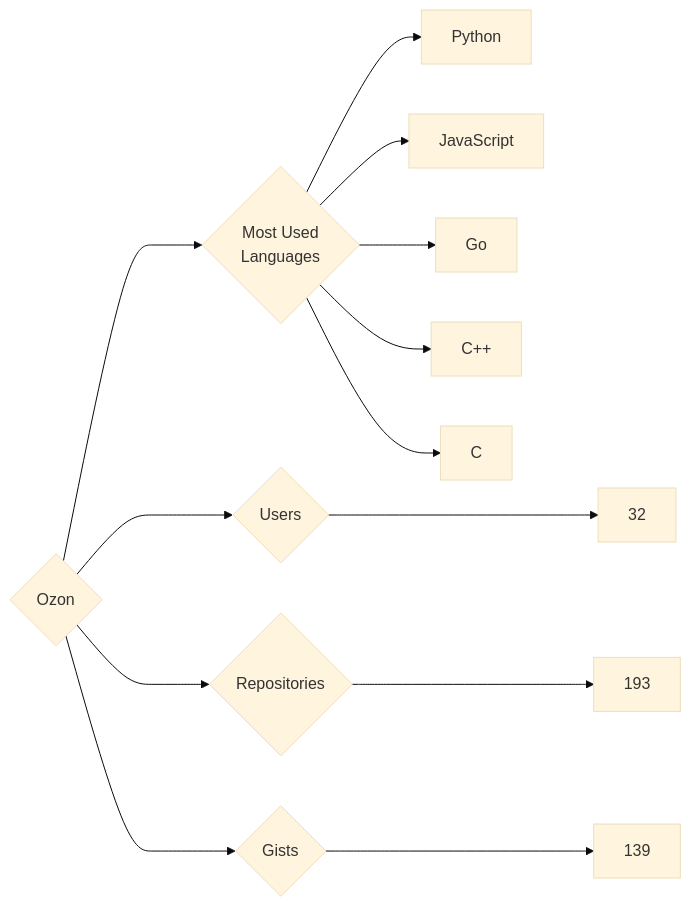
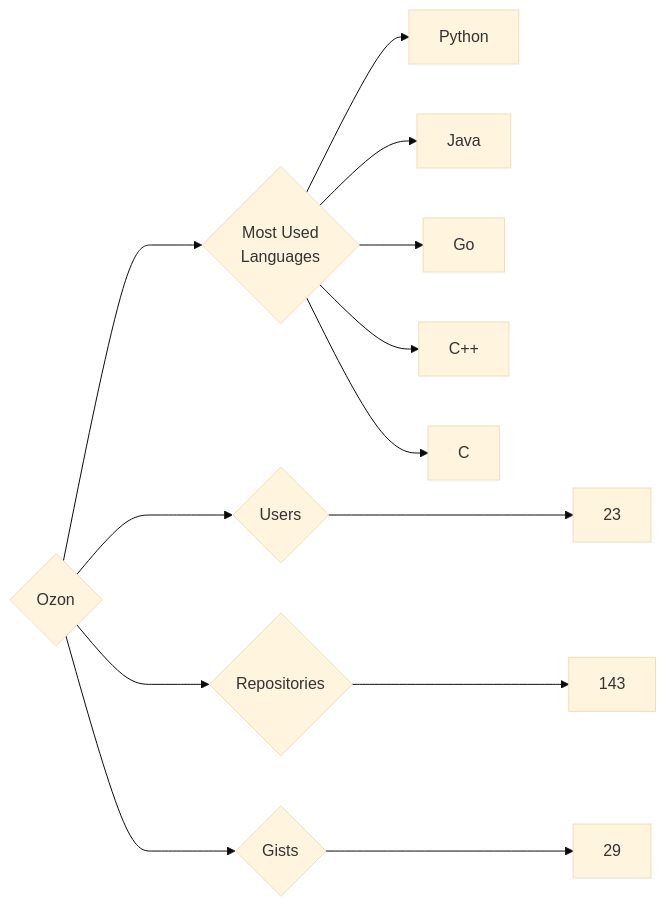
The diagram in targets/Ozon/README.md (trickest/insiders), drawn with Mermaid (base theme) before and after one commit. The commit also changed 969 other files, not shown here.

````diff
--- a/targets/Ozon/README.md
+++ b/targets/Ozon/README.md
@@ -3,13 +3,13 @@
 ```mermaid
 graph LR
 COMPANY_NAME{Ozon}
-COMPANY_NAME ---> U{Users} ---> UN[32]
-COMPANY_NAME ---> R{Repositories} ---> RN[193]
-COMPANY_NAME ---> G{Gists} ---> GN[139]
+COMPANY_NAME ---> U{Users} ---> UN[23]
+COMPANY_NAME ---> R{Repositories} ---> RN[143]
+COMPANY_NAME ---> G{Gists} ---> GN[29]
 COMPANY_NAME ---> ML{Most Used<br>Languages}
 ML --> Python[Python]
-ML --> JavaScript[JavaScript]
+ML --> Java[Java]
 ML --> Go[Go]
 ML --> C++[C++]
 ML --> C[C]
 ```
````
